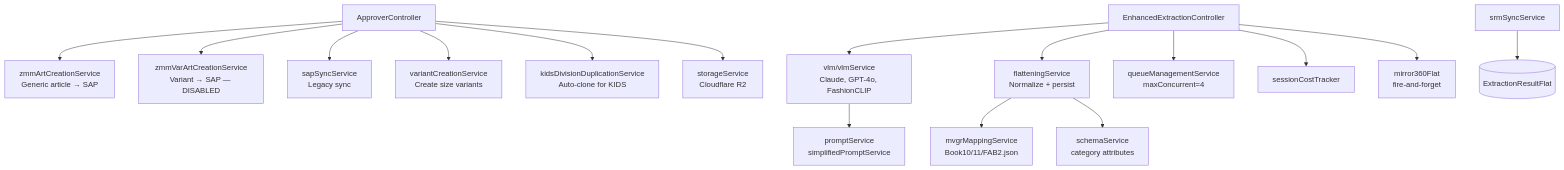
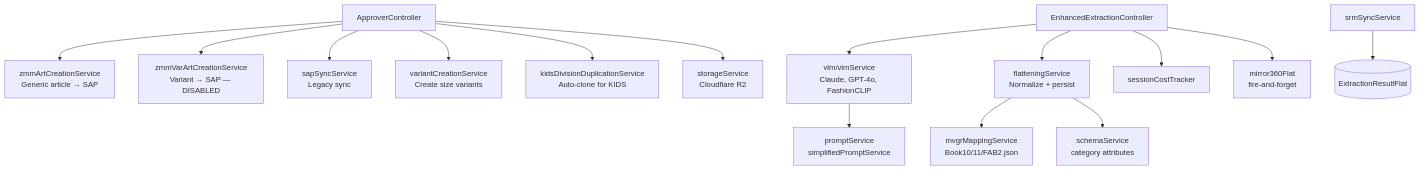
The second of 2 diagrams in docs/12 - Backend Architecture.md (uditmalik1998/Article-Creation), drawn with Mermaid before and after one commit. The commit also changed 27 other files, not shown here.

````diff
--- a/docs/12 - Backend Architecture.md
+++ b/docs/12 - Backend Architecture.md
@@ -45,21 +45,20 @@
 ```mermaid
 flowchart TD
     CTRL[ApproverController] --> SAP1[zmmArtCreationService\nGeneric article → SAP]
     CTRL --> SAP2[zmmVarArtCreationService\nVariant → SAP — DISABLED]
     CTRL --> SAPL[sapSyncService\nLegacy sync]
     CTRL --> VAR[variantCreationService\nCreate size variants]
     CTRL --> KIDS[kidsDivisionDuplicationService\nAuto-clone for KIDS]
     CTRL --> STORE[storageService\nCloudflare R2]
 
     EXTR[EnhancedExtractionController] --> VLM[vlm/vlmService\nClaude, GPT-4o, FashionCLIP]
     EXTR --> FLAT[flatteningService\nNormalize + persist]
-    EXTR --> QUEUE[queueManagementService\nmaxConcurrent=4]
     EXTR --> COST[sessionCostTracker]
     EXTR --> MIRROR[mirror360Flat\nfire-and-forget]
 
     SRM[srmSyncService] --> EXTRFLAT[(ExtractionResultFlat)]
 
     VLM --> PROM[promptService\nsimplifiedPromptService]
     FLAT --> MVGR[mvgrMappingService\nBook10/11/FAB2.json]
     FLAT --> SCHEMA[schemaService\ncategory attributes]
 ```
````
